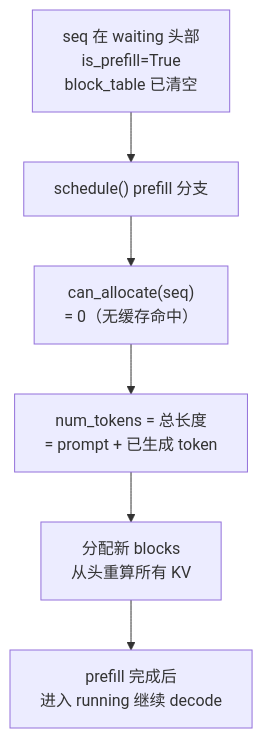
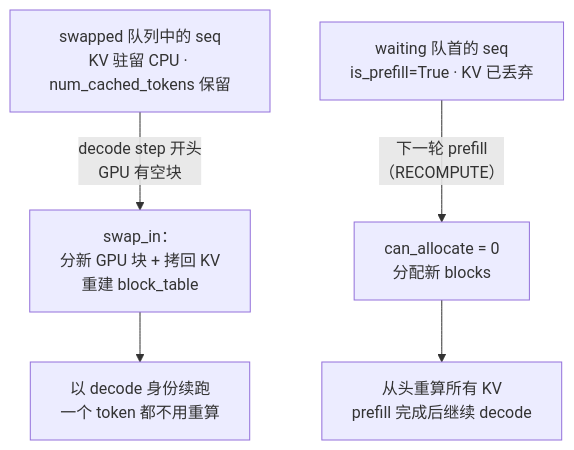
Before and after one commit to ForceInjection/nano-vllm: the fourth of 4 diagrams in docs/llm-inference-visual/slides/slides.03.md, drawn with Mermaid. The commit also changed other lines of this file and 14 other files, not shown here.

````diff
--- a/docs/llm-inference-visual/slides/slides.03.md
+++ b/docs/llm-inference-visual/slides/slides.03.md
@@ -782,8 +806,7 @@
-```mermaid {scale: 0.5}
+```mermaid {scale: 0.55}
 flowchart TD
-    A["seq 在 waiting 头部<br/>is_prefill=True<br/>block_table 已清空"] --> B["schedule() prefill 分支"]
-    B --> C["can_allocate(seq)<br/>= 0（无缓存命中）"]
-    C --> D["num_tokens = 总长度<br/>= prompt + 已生成 token"]
-    D --> E["分配新 blocks<br/>从头重算所有 KV"]
-    E --> F["prefill 完成后<br/>进入 running 继续 decode"]
+    S["swapped 队列中的 seq<br/>KV 驻留 CPU · num_cached_tokens 保留"] -->|"decode step 开头<br/>GPU 有空块"| SI["swap_in：<br/>分新 GPU 块 + 拷回 KV<br/>重建 block_table"]
+    SI --> SI2["以 decode 身份续跑<br/>一个 token 都不用重算"]
+    W["waiting 队首的 seq<br/>is_prefill=True · KV 已丢弃"] -->|"下一轮 prefill<br/>（RECOMPUTE）"| RC["can_allocate = 0<br/>分配新 blocks"]
+    RC --> RC2["从头重算所有 KV<br/>prefill 完成后继续 decode"]
 ```
````
